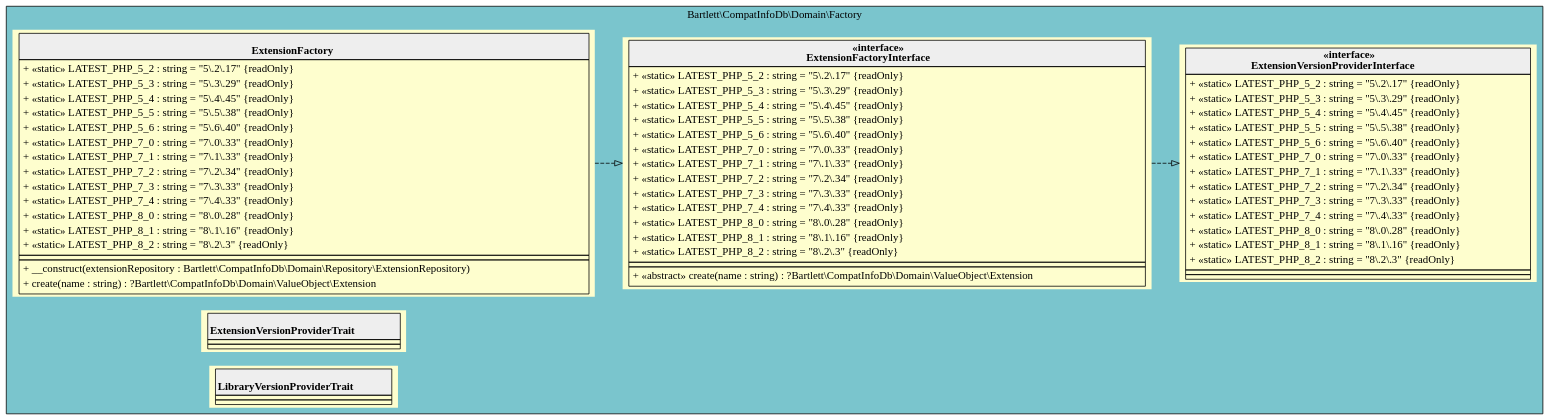
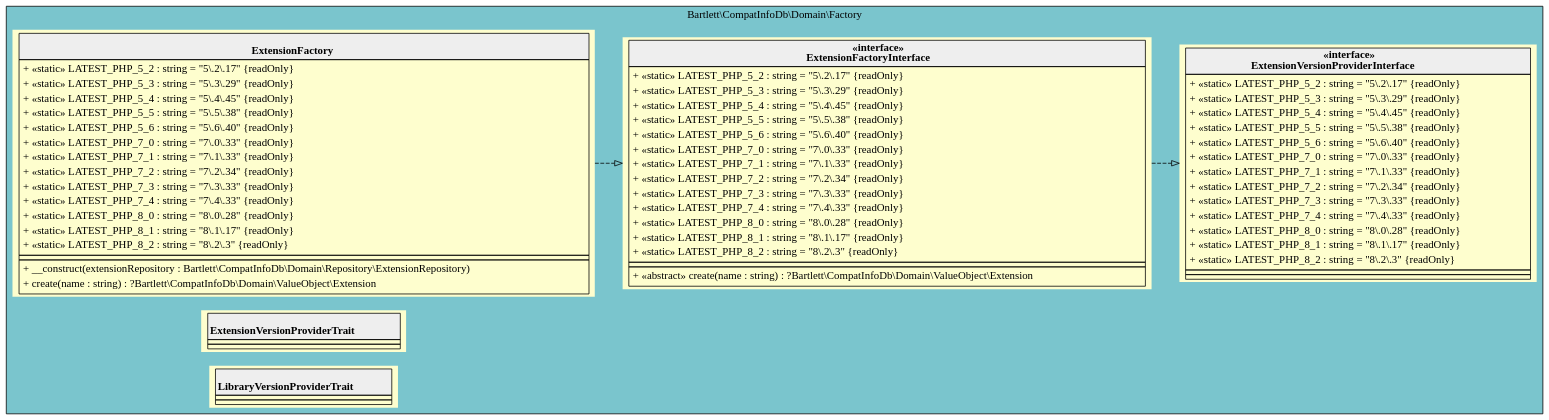
Before and after one commit to llaville/php-compatinfo-db: the diagram in 5.x/assets/images/domain-factory.html.gv, drawn with Graphviz. The commit also changed 31 other files, not shown here.

```diff
--- a/5.x/assets/images/domain-factory.html.gv
+++ b/5.x/assets/images/domain-factory.html.gv
@@ -1,90 +1,90 @@
 digraph {
   graph [rankdir="LR" bgcolor="transparent"]
   node [fillcolor="#FEFECE" style="filled"]
   subgraph cluster_0 {
     graph [bgcolor="cadetblue3"]
     label = "Bartlett\\CompatInfoDb\\Domain\\Factory"
     "Bartlett\\CompatInfoDb\\Domain\\Factory\\ExtensionFactory" [shape="none" label=<
 <table cellspacing="0" border="0" cellborder="1">
     <tr><td bgcolor="#eeeeee"><b><br/>ExtensionFactory</b></td></tr>
     <tr><td><table border="0" cellspacing="0" cellpadding="2">
     <tr><td align="left">+ «static» LATEST_PHP_5_2 : string = "5\.2\.17" {readOnly}</td></tr>
     <tr><td align="left">+ «static» LATEST_PHP_5_3 : string = "5\.3\.29" {readOnly}</td></tr>
     <tr><td align="left">+ «static» LATEST_PHP_5_4 : string = "5\.4\.45" {readOnly}</td></tr>
     <tr><td align="left">+ «static» LATEST_PHP_5_5 : string = "5\.5\.38" {readOnly}</td></tr>
     <tr><td align="left">+ «static» LATEST_PHP_5_6 : string = "5\.6\.40" {readOnly}</td></tr>
     <tr><td align="left">+ «static» LATEST_PHP_7_0 : string = "7\.0\.33" {readOnly}</td></tr>
     <tr><td align="left">+ «static» LATEST_PHP_7_1 : string = "7\.1\.33" {readOnly}</td></tr>
     <tr><td align="left">+ «static» LATEST_PHP_7_2 : string = "7\.2\.34" {readOnly}</td></tr>
     <tr><td align="left">+ «static» LATEST_PHP_7_3 : string = "7\.3\.33" {readOnly}</td></tr>
     <tr><td align="left">+ «static» LATEST_PHP_7_4 : string = "7\.4\.33" {readOnly}</td></tr>
     <tr><td align="left">+ «static» LATEST_PHP_8_0 : string = "8\.0\.28" {readOnly}</td></tr>
-    <tr><td align="left">+ «static» LATEST_PHP_8_1 : string = "8\.1\.16" {readOnly}</td></tr>
+    <tr><td align="left">+ «static» LATEST_PHP_8_1 : string = "8\.1\.17" {readOnly}</td></tr>
     <tr><td align="left">+ «static» LATEST_PHP_8_2 : string = "8\.2\.3" {readOnly}</td></tr>
 </table></td></tr>
     <tr><td></td></tr>
     <tr><td><table border="0" cellspacing="0" cellpadding="2">
     <tr><td align="left">+ __construct(extensionRepository : Bartlett\\CompatInfoDb\\Domain\\Repository\\ExtensionRepository)</td></tr>
     <tr><td align="left">+ create(name : string) : ?Bartlett\\CompatInfoDb\\Domain\\ValueObject\\Extension</td></tr>
 </table></td></tr>
 </table>>]
     "Bartlett\\CompatInfoDb\\Domain\\Factory\\ExtensionFactoryInterface" [shape="none" label=<
 <table cellspacing="0" border="0" cellborder="1">
     <tr><td bgcolor="#eeeeee"><b>«interface»<br/>ExtensionFactoryInterface</b></td></tr>
     <tr><td><table border="0" cellspacing="0" cellpadding="2">
     <tr><td align="left">+ «static» LATEST_PHP_5_2 : string = "5\.2\.17" {readOnly}</td></tr>
     <tr><td align="left">+ «static» LATEST_PHP_5_3 : string = "5\.3\.29" {readOnly}</td></tr>
     <tr><td align="left">+ «static» LATEST_PHP_5_4 : string = "5\.4\.45" {readOnly}</td></tr>
     <tr><td align="left">+ «static» LATEST_PHP_5_5 : string = "5\.5\.38" {readOnly}</td></tr>
     <tr><td align="left">+ «static» LATEST_PHP_5_6 : string = "5\.6\.40" {readOnly}</td></tr>
     <tr><td align="left">+ «static» LATEST_PHP_7_0 : string = "7\.0\.33" {readOnly}</td></tr>
     <tr><td align="left">+ «static» LATEST_PHP_7_1 : string = "7\.1\.33" {readOnly}</td></tr>
     <tr><td align="left">+ «static» LATEST_PHP_7_2 : string = "7\.2\.34" {readOnly}</td></tr>
     <tr><td align="left">+ «static» LATEST_PHP_7_3 : string = "7\.3\.33" {readOnly}</td></tr>
     <tr><td align="left">+ «static» LATEST_PHP_7_4 : string = "7\.4\.33" {readOnly}</td></tr>
     <tr><td align="left">+ «static» LATEST_PHP_8_0 : string = "8\.0\.28" {readOnly}</td></tr>
-    <tr><td align="left">+ «static» LATEST_PHP_8_1 : string = "8\.1\.16" {readOnly}</td></tr>
+    <tr><td align="left">+ «static» LATEST_PHP_8_1 : string = "8\.1\.17" {readOnly}</td></tr>
     <tr><td align="left">+ «static» LATEST_PHP_8_2 : string = "8\.2\.3" {readOnly}</td></tr>
 </table></td></tr>
     <tr><td></td></tr>
     <tr><td><table border="0" cellspacing="0" cellpadding="2">
     <tr><td align="left">+ «abstract» create(name : string) : ?Bartlett\\CompatInfoDb\\Domain\\ValueObject\\Extension</td></tr>
 </table></td></tr>
 </table>>]
     "Bartlett\\CompatInfoDb\\Domain\\Factory\\ExtensionVersionProviderInterface" [shape="none" label=<
 <table cellspacing="0" border="0" cellborder="1">
     <tr><td bgcolor="#eeeeee"><b>«interface»<br/>ExtensionVersionProviderInterface</b></td></tr>
     <tr><td><table border="0" cellspacing="0" cellpadding="2">
     <tr><td align="left">+ «static» LATEST_PHP_5_2 : string = "5\.2\.17" {readOnly}</td></tr>
     <tr><td align="left">+ «static» LATEST_PHP_5_3 : string = "5\.3\.29" {readOnly}</td></tr>
     <tr><td align="left">+ «static» LATEST_PHP_5_4 : string = "5\.4\.45" {readOnly}</td></tr>
     <tr><td align="left">+ «static» LATEST_PHP_5_5 : string = "5\.5\.38" {readOnly}</td></tr>
     <tr><td align="left">+ «static» LATEST_PHP_5_6 : string = "5\.6\.40" {readOnly}</td></tr>
     <tr><td align="left">+ «static» LATEST_PHP_7_0 : string = "7\.0\.33" {readOnly}</td></tr>
     <tr><td align="left">+ «static» LATEST_PHP_7_1 : string = "7\.1\.33" {readOnly}</td></tr>
     <tr><td align="left">+ «static» LATEST_PHP_7_2 : string = "7\.2\.34" {readOnly}</td></tr>
     <tr><td align="left">+ «static» LATEST_PHP_7_3 : string = "7\.3\.33" {readOnly}</td></tr>
     <tr><td align="left">+ «static» LATEST_PHP_7_4 : string = "7\.4\.33" {readOnly}</td></tr>
     <tr><td align="left">+ «static» LATEST_PHP_8_0 : string = "8\.0\.28" {readOnly}</td></tr>
-    <tr><td align="left">+ «static» LATEST_PHP_8_1 : string = "8\.1\.16" {readOnly}</td></tr>
+    <tr><td align="left">+ «static» LATEST_PHP_8_1 : string = "8\.1\.17" {readOnly}</td></tr>
     <tr><td align="left">+ «static» LATEST_PHP_8_2 : string = "8\.2\.3" {readOnly}</td></tr>
 </table></td></tr>
     <tr><td></td></tr>
     <tr><td></td></tr>
 </table>>]
     "Bartlett\\CompatInfoDb\\Domain\\Factory\\ExtensionVersionProviderTrait" [shape="none" label=<
 <table cellspacing="0" border="0" cellborder="1">
     <tr><td bgcolor="#eeeeee"><b><br/>ExtensionVersionProviderTrait</b></td></tr>
     <tr><td></td></tr>
     <tr><td></td></tr>
 </table>>]
     "Bartlett\\CompatInfoDb\\Domain\\Factory\\LibraryVersionProviderTrait" [shape="none" label=<
 <table cellspacing="0" border="0" cellborder="1">
     <tr><td bgcolor="#eeeeee"><b><br/>LibraryVersionProviderTrait</b></td></tr>
     <tr><td></td></tr>
     <tr><td></td></tr>
 </table>>]
   }
   "Bartlett\\CompatInfoDb\\Domain\\Factory\\ExtensionFactoryInterface" -> "Bartlett\\CompatInfoDb\\Domain\\Factory\\ExtensionVersionProviderInterface" [arrowhead="empty" style="dashed"]
   "Bartlett\\CompatInfoDb\\Domain\\Factory\\ExtensionFactory" -> "Bartlett\\CompatInfoDb\\Domain\\Factory\\ExtensionFactoryInterface" [arrowhead="empty" style="dashed"]
 }
```
